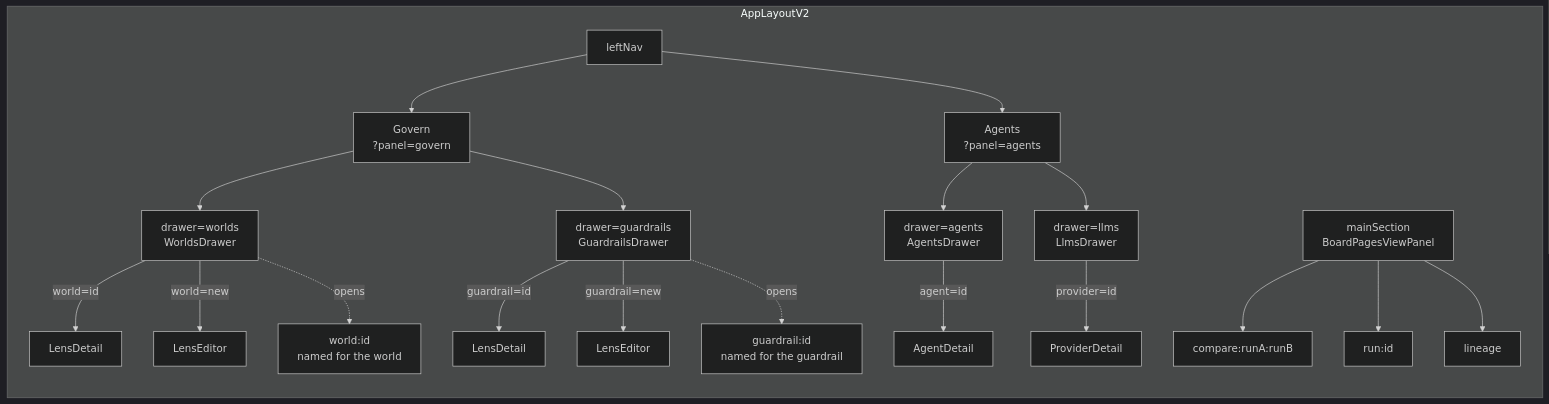
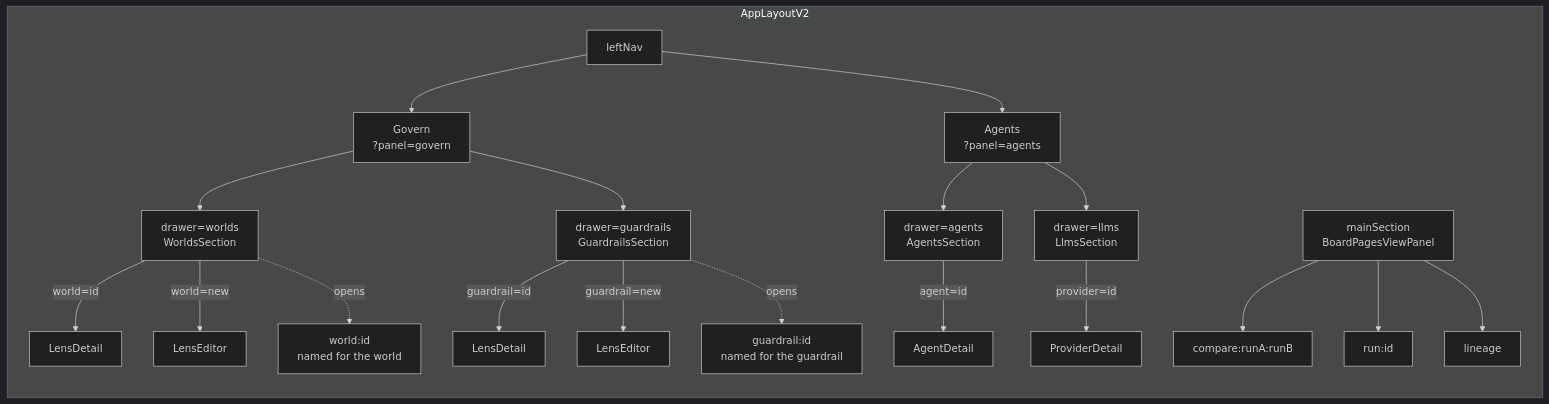
The diagram in docs/for-developers/building-studio/govern-and-agents-panels.md (invana/invana), drawn with Mermaid (dark theme) before and after one commit. The commit also changed other lines of this file and 340 other files, not shown here.

````diff
--- a/docs/for-developers/building-studio/govern-and-agents-panels.md
+++ b/docs/for-developers/building-studio/govern-and-agents-panels.md
@@ -30,22 +30,22 @@
 ```mermaid
 flowchart LR
     subgraph Shell["AppLayoutV2"]
         N[leftNav] --> G["Govern<br/>?panel=govern"]
         N --> A["Agents<br/>?panel=agents"]
-        G --> GW["drawer=worlds<br/>WorldsDrawer"]
-        G --> GG["drawer=guardrails<br/>GuardrailsDrawer"]
-        A --> AR["drawer=agents<br/>AgentsDrawer"]
-        A --> AL["drawer=llms<br/>LlmsDrawer"]
+        G --> GW["drawer=worlds<br/>WorldsSection"]
+        G --> GG["drawer=guardrails<br/>GuardrailsSection"]
+        A --> AR["drawer=agents<br/>AgentsSection"]
+        A --> AL["drawer=llms<br/>LlmsSection"]
         GW -->|world=id| WD[LensDetail]
         GW -->|world=new| WE[LensEditor]
         GG -->|guardrail=id| GD[LensDetail]
         GG -->|guardrail=new| GE[LensEditor]
         AR -->|agent=id| AD[AgentDetail]
         AL -->|provider=id| PD[ProviderDetail]
         M[mainSection<br/>BoardPagesViewPanel] --> C["compare:runA:runB"]
         GW -.->|opens| WB["world:id<br/>named for the world"]
         GG -.->|opens| GB["guardrail:id<br/>named for the guardrail"]
         M --> R["run:id"]
         M --> LN["lineage"]
     end
 ```
````
